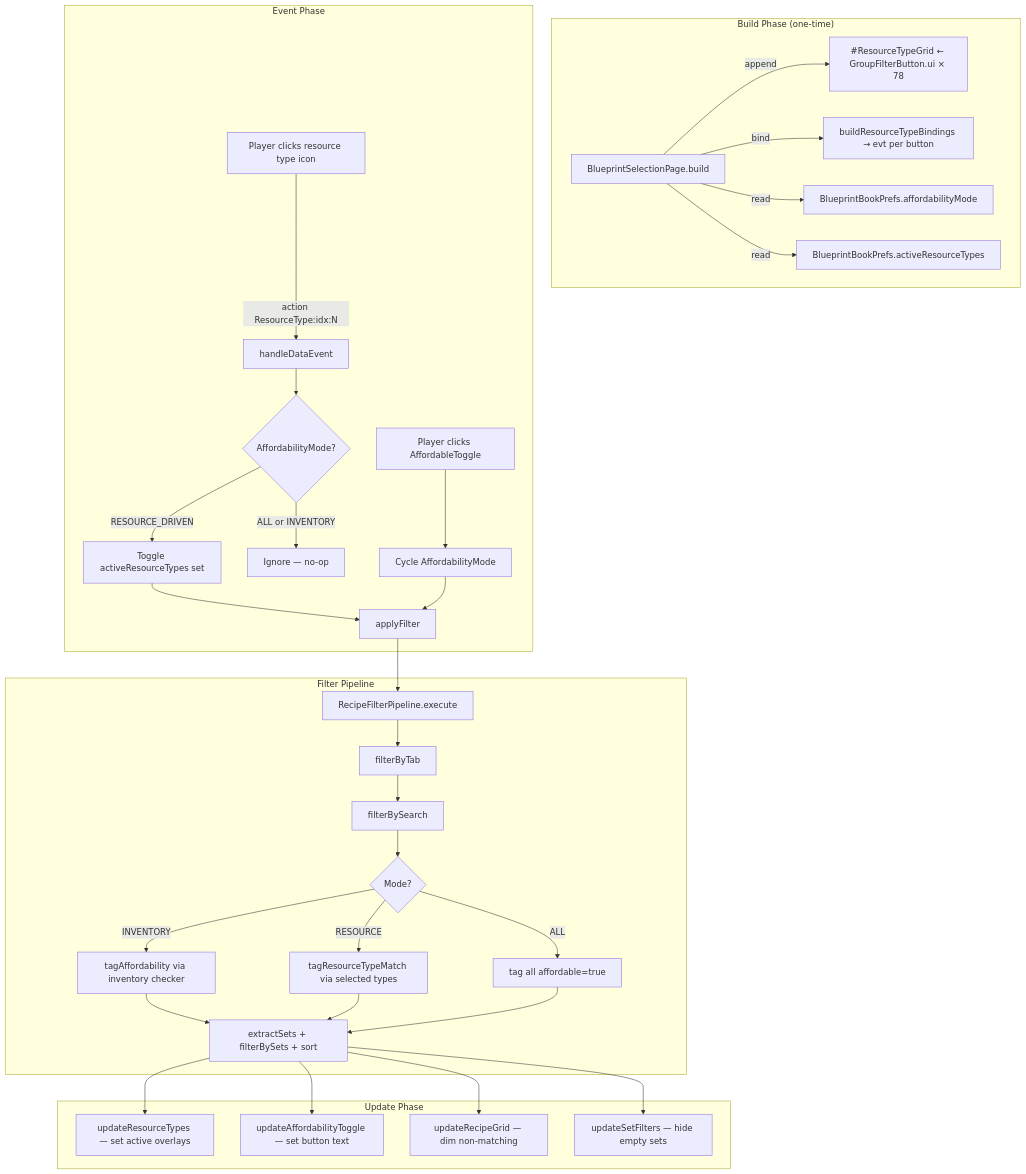
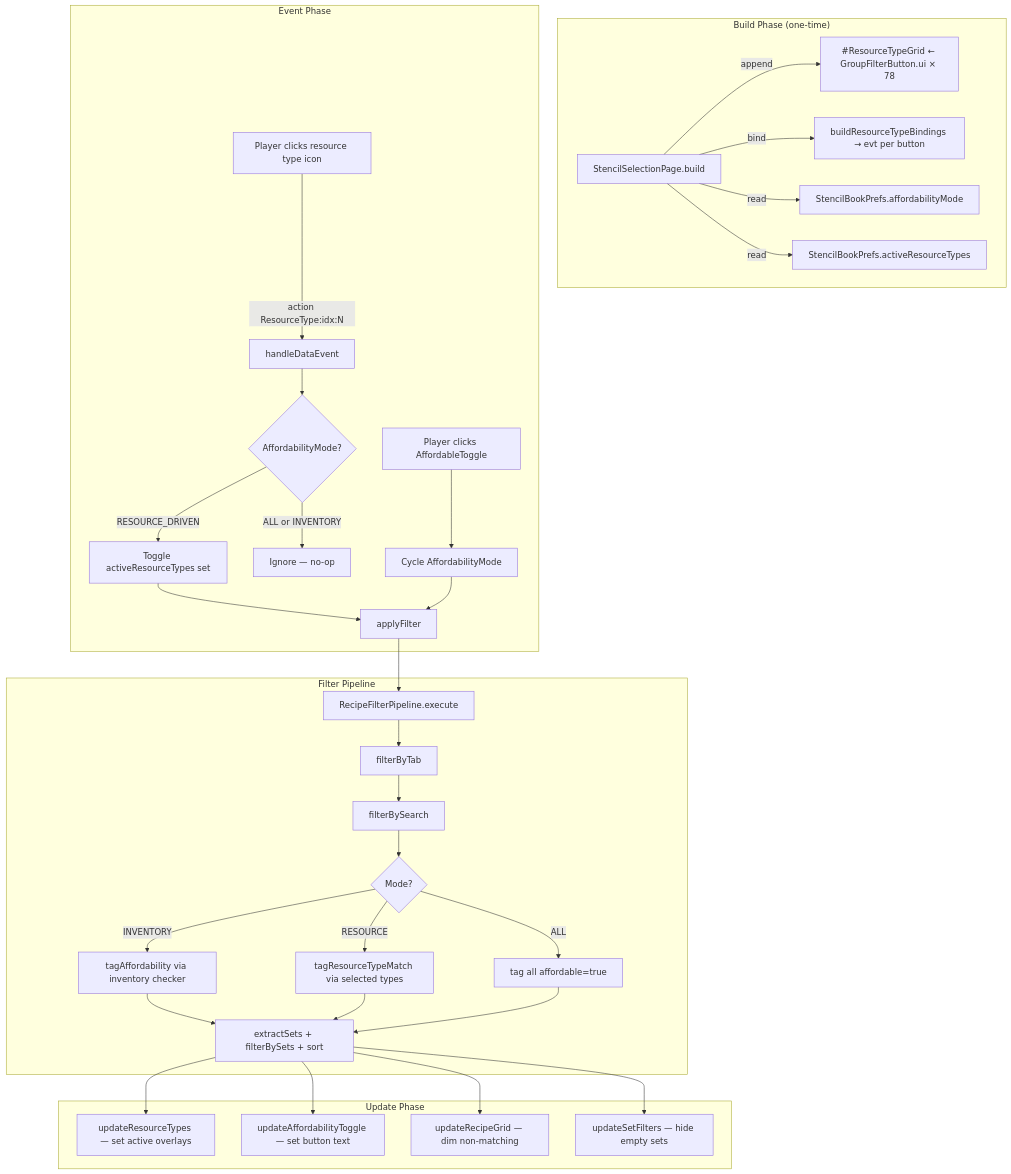
One commit to TheCodeCreature/Hytale-Example-Plugin changed the diagram in docs/design-resource-type-filter.md. Above: the diagram before and after it, drawn with Mermaid. The commit also changed other lines of this file and 289 other files, not shown here.

````diff
--- a/docs/design-resource-type-filter.md
+++ b/docs/design-resource-type-filter.md
@@ -440,40 +440,40 @@
 ```mermaid
 graph TB
     subgraph "Build Phase (one-time)"
-        A[BlueprintSelectionPage.build] -->|append| B["#ResourceTypeGrid ← GroupFilterButton.ui × 78"]
+        A[StencilSelectionPage.build] -->|append| B["#ResourceTypeGrid ← GroupFilterButton.ui × 78"]
         A -->|bind| C[buildResourceTypeBindings → evt per button]
-        A -->|read| D[BlueprintBookPrefs.affordabilityMode]
-        A -->|read| E[BlueprintBookPrefs.activeResourceTypes]
+        A -->|read| D[StencilBookPrefs.affordabilityMode]
+        A -->|read| E[StencilBookPrefs.activeResourceTypes]
     end
 
     subgraph "Event Phase"
         F[Player clicks resource type icon] -->|action ResourceType:idx:N| G[handleDataEvent]
         G --> H{AffordabilityMode?}
         H -->|RESOURCE_DRIVEN| I[Toggle activeResourceTypes set]
         H -->|ALL or INVENTORY| J[Ignore — no-op]
         I --> K[applyFilter]
         
         L[Player clicks AffordableToggle] --> M[Cycle AffordabilityMode]
         M --> K
     end
 
     subgraph "Filter Pipeline"
         K --> N[RecipeFilterPipeline.execute]
         N --> O[filterByTab]
         O --> P[filterBySearch]
         P --> Q{Mode?}
         Q -->|INVENTORY| R[tagAffordability via inventory checker]
         Q -->|RESOURCE| S[tagResourceTypeMatch via selected types]
         Q -->|ALL| T[tag all affordable=true]
         R --> U[extractSets + filterBySets + sort]
         S --> U
         T --> U
     end
 
     subgraph "Update Phase"
         U --> V[updateResourceTypes — set active overlays]
         U --> W[updateAffordabilityToggle — set button text]
         U --> X[updateRecipeGrid — dim non-matching]
         U --> Y[updateSetFilters — hide empty sets]
     end
 ```
````
